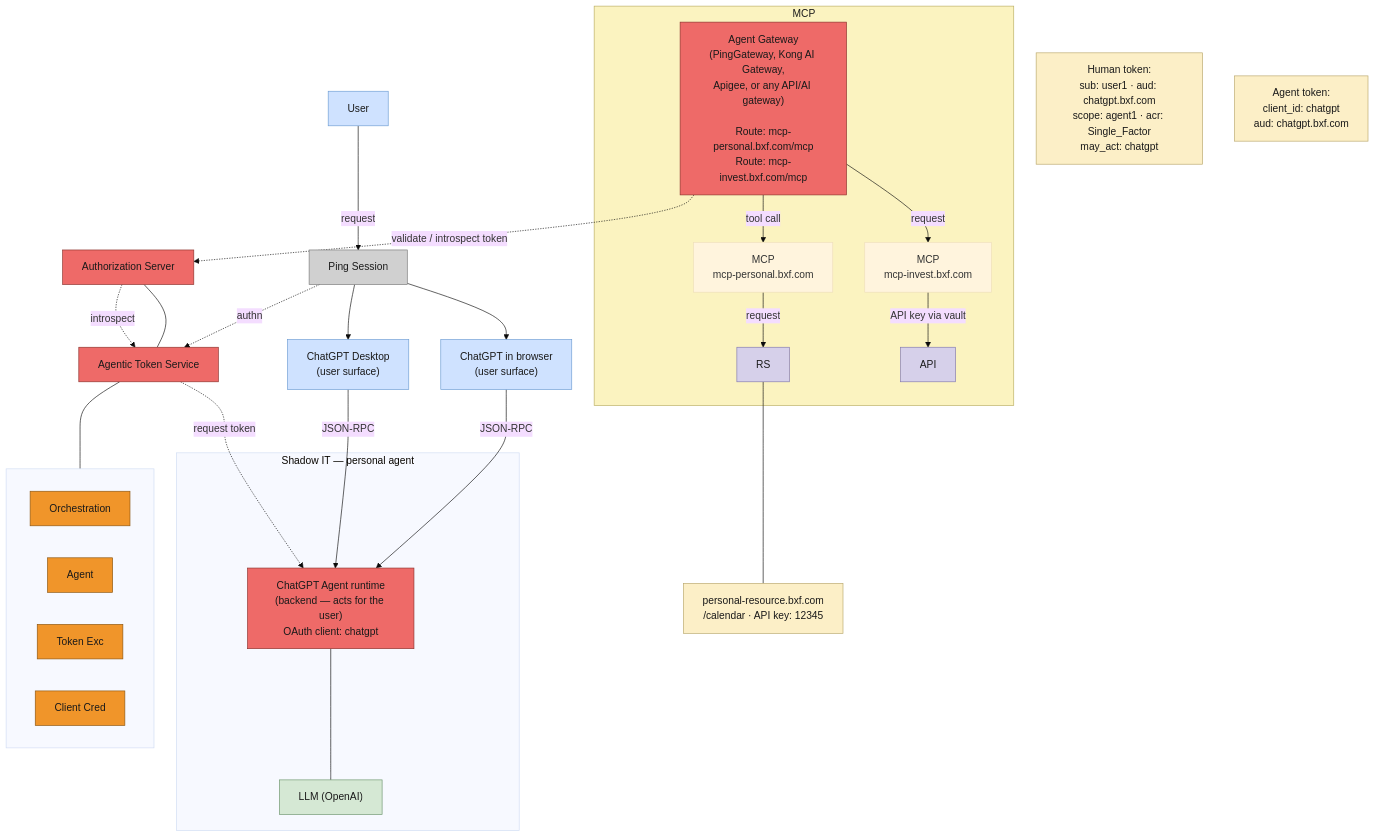
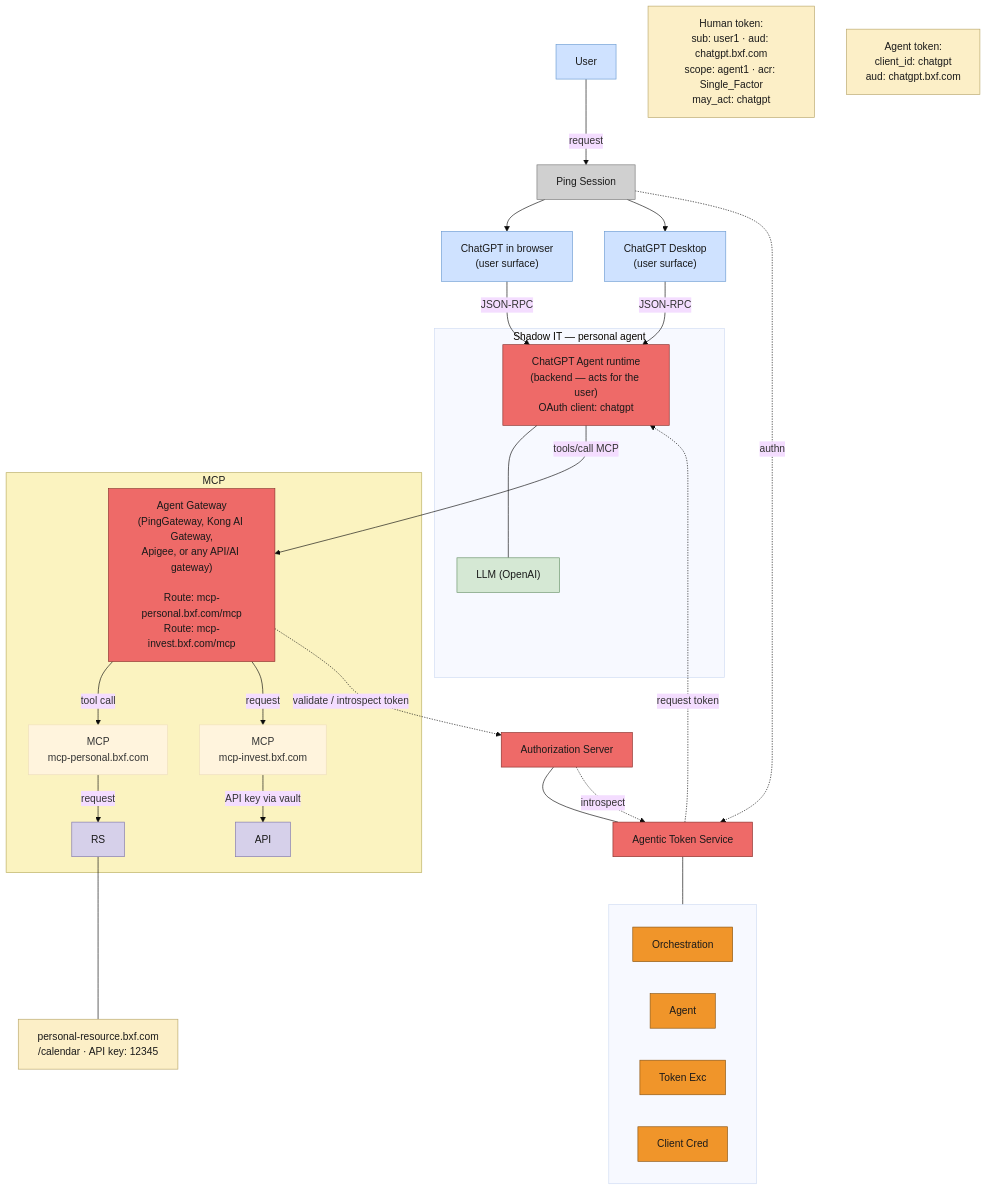
The diagram in docs/diagrams/personal-agent-chatgpt.mmd (curtismu7/AI-DEMO2), drawn with Mermaid (base theme) before and after one commit. The commit also changed 1 other file, not shown here.

Commit message:
docs(diagrams): label ChatGPT agent to Agent Gateway edge as tools/call

```diff
--- a/docs/diagrams/personal-agent-chatgpt.mmd
+++ b/docs/diagrams/personal-agent-chatgpt.mmd
@@ -1,75 +1,76 @@
 %% Personal agent version of "V2 Agent - GW/Authorize" (Lucid page)
 %% ChatGPT is the personal agent — browser + Desktop surfaces, one agent runtime
 flowchart TB
     USER["User"]
     PINGSESS["Ping Session"]
     CHATB["ChatGPT in browser<br/>(user surface)"]
     GPTD["ChatGPT Desktop<br/>(user surface)"]
 
     subgraph SHADOW["Shadow IT — personal agent"]
         AGENT1["ChatGPT Agent runtime<br/>(backend — acts for the user)<br/>OAuth client: chatgpt"]
         LLM["LLM (OpenAI)"]
     end
 
     ATS["Agentic Token Service"]
     subgraph ATSSUB[" "]
         direction LR
         ORCH["Orchestration"]
         AGT["Agent"]
         TXE["Token Exc"]
         CCRED["Client Cred"]
     end
     AUTHZ["Authorization Server"]
 
     HTOK["Human token:<br/>sub: user1 · aud: chatgpt.bxf.com<br/>scope: agent1 · acr: Single_Factor<br/>may_act: chatgpt"]
     AGTOK["Agent token:<br/>client_id: chatgpt<br/>aud: chatgpt.bxf.com"]
 
 
     subgraph MCPBOX["MCP"]
         GW["Agent Gateway<br/>(PingGateway, Kong AI Gateway,<br/>Apigee, or any API/AI gateway)<br/><br/>Route: mcp-personal.bxf.com/mcp<br/>Route: mcp-invest.bxf.com/mcp"]
         MCPOLB["MCP<br/>mcp-personal.bxf.com"]
         MCPINV["MCP<br/>mcp-invest.bxf.com"]
         RS["RS"]
         API["API"]
     end
     INVTOK["personal-resource.bxf.com<br/>/calendar · API key: 12345"]
 
 
     USER -->|request| PINGSESS
     PINGSESS --> CHATB
     PINGSESS --> GPTD
     CHATB -->|JSON-RPC| AGENT1
     GPTD -->|JSON-RPC| AGENT1
     AGENT1 --- LLM
     PINGSESS -.->|authn| ATS
     ATS --- ATSSUB
     AUTHZ --- ATS
     AUTHZ -.->|introspect| ATS
     ATS -.->|request token| AGENT1
+    AGENT1 -->|tools/call MCP| GW
     GW -->|tool call| MCPOLB
     GW -->|request| MCPINV
     GW -.->|validate / introspect token| AUTHZ
     MCPOLB -->|request| RS
     MCPINV -->|API key via vault| API
     RS --- INVTOK
 
     classDef red fill:#ee6a68,stroke:#8a2f2a,color:#1a1a1a
     classDef orange fill:#f0952a,stroke:#8a5410,color:#1a1a1a
     classDef cream fill:#fcefc7,stroke:#b8a66a,color:#1a1a1a
     classDef pink fill:#f272c8,stroke:#a12a76,color:#1a1a1a
     classDef yellow fill:#fbf3c0,stroke:#b8ac60,color:#1a1a1a
     classDef blue fill:#cfe2ff,stroke:#6b9bd2,color:#1a1a1a
     classDef green fill:#d5e8d4,stroke:#6a936a,color:#1a1a1a
     classDef dgreen fill:#5cb85c,stroke:#2d6a2d,color:#1a1a1a
     classDef purple fill:#d6d0ea,stroke:#8077ad,color:#1a1a1a
     classDef grey fill:#d0d0d0,stroke:#777777,color:#1a1a1a
 
     class ATS,AUTHZ,GW red
     class ORCH,AGT,TXE,CCRED orange
     class HTOK,AGTOK,INVTOK cream
     class MCPBOX yellow
     class USER,CHATB,GPTD blue
     class RS,API purple
     class AGENT1 red
     class LLM green
     class PINGSESS grey
```
